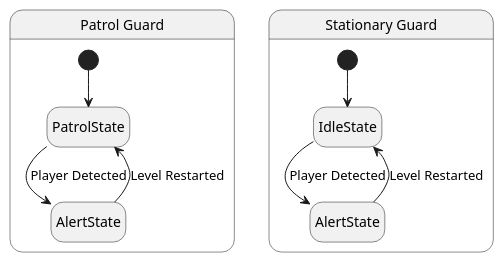
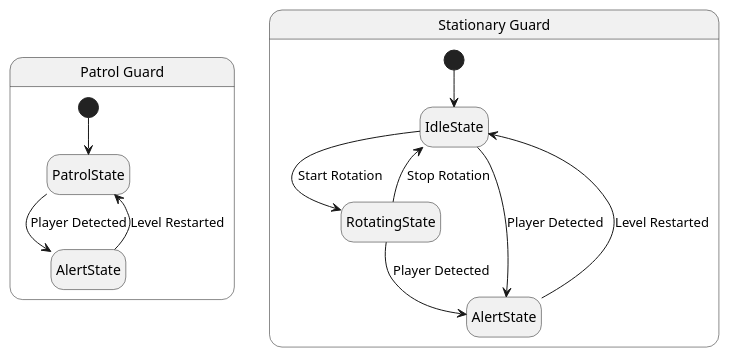
One commit to JAC-CS-Game-Programming-F25/project-alessandro changed the diagram in assets/images/GuardStateDiagram.puml. Above: the diagram before and after it, drawn with PlantUML. The commit also changed 12 other files, not shown here.

```diff
--- a/assets/images/GuardStateDiagram.puml
+++ b/assets/images/GuardStateDiagram.puml
@@ -1,24 +1,28 @@
 @startuml GuardStateMachine
 
 hide empty description
 skinparam monochrome true
 
 state "Patrol Guard" as PG {
     state "PatrolState" as Patrol
     state "AlertState" as Alert1
     
     [*] --> Patrol
     Patrol --> Alert1: Player Detected
     Alert1 --> Patrol: Level Restarted
 }
 
 state "Stationary Guard" as SG {
     state "IdleState" as Idle
+    state "RotatingState" as Rotating
     state "AlertState" as Alert2
     
     [*] --> Idle
+    Idle --> Rotating: Start Rotation
+    Rotating --> Idle: Stop Rotation
     Idle --> Alert2: Player Detected
+    Rotating --> Alert2: Player Detected
     Alert2 --> Idle: Level Restarted
 }
 
 @enduml
```
